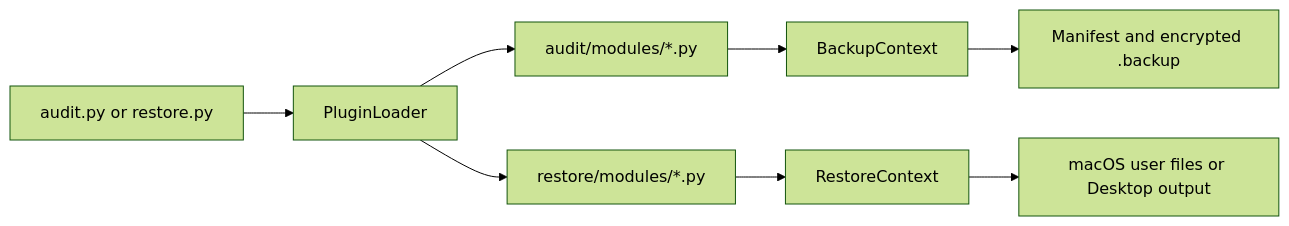
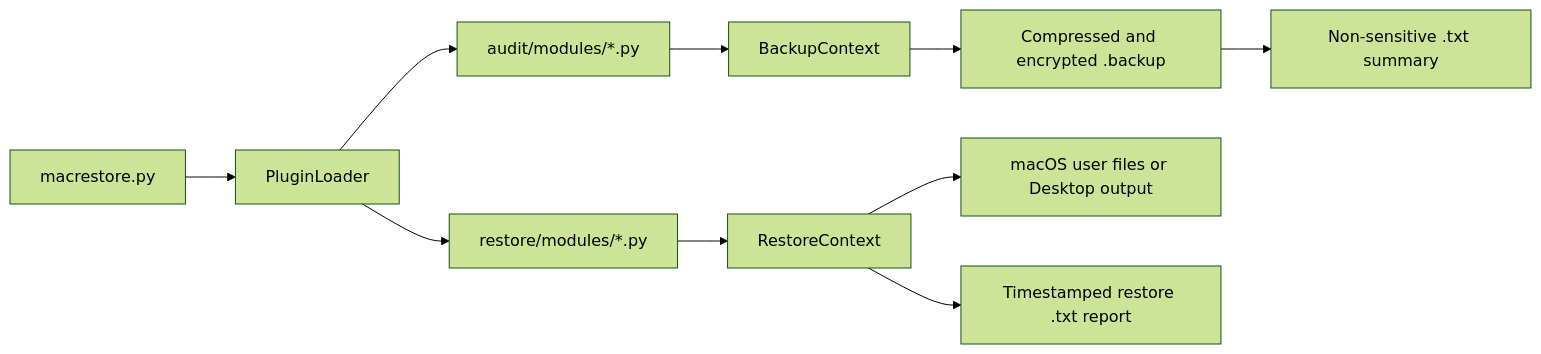
Before and after one commit to Flaivo/macRestore: the first of 5 diagrams in README.md, drawn with Mermaid (forest theme). The commit also changed other lines of this file and 16 other files, not shown here.

````diff
--- a/README.md
+++ b/README.md
@@ -175,10 +175,12 @@
 ```mermaid
 flowchart LR
-    CLI["audit.py or restore.py"] --> Loader["PluginLoader"]
+    CLI["macrestore.py"] --> Loader["PluginLoader"]
     Loader --> Audit["audit/modules/*.py"]
     Loader --> Restore["restore/modules/*.py"]
     Audit --> BackupContext["BackupContext"]
     Restore --> RestoreContext["RestoreContext"]
-    BackupContext --> Archive["Manifest and encrypted .backup"]
+    BackupContext --> Archive["Compressed and encrypted .backup"]
+    Archive --> Summary["Non-sensitive .txt summary"]
     RestoreContext --> System["macOS user files or Desktop output"]
+    RestoreContext --> RestoreReport["Timestamped restore .txt report"]
 ```
````
